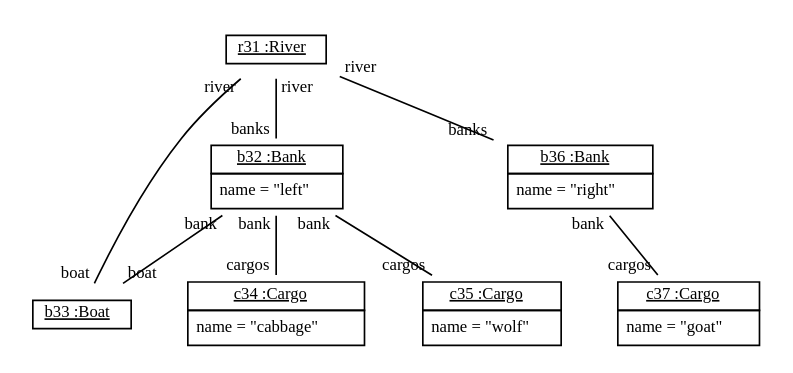
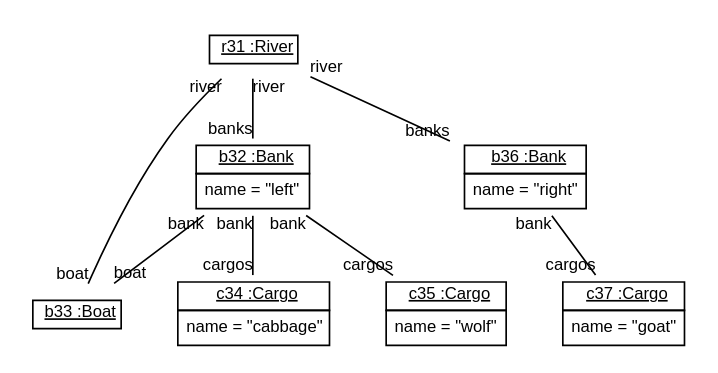
One commit to fujaba/SDMLib changed the diagram in doc/ferrymansproblemRG/s.R31.dot. Above: the diagram before and after it, drawn with Graphviz. The commit also changed 335 other files, not shown here.

```diff
--- a/doc/ferrymansproblemRG/s.R31.dot
+++ b/doc/ferrymansproblemRG/s.R31.dot
@@ -1,21 +1,21 @@
 graph ObjectDiagram {
-   node [shape = none, fontsize = 10];
-   edge [fontsize = 10];
+   node [shape = none, fontsize = 10, fontname = "Arial"];
+   edge [fontsize = 10, fontname = "Arial"];
    compound=true;
 
 r31 [label=<<table border='0' cellborder='1' cellspacing='0'> <tr> <td href="../test/org/sdmlib/models/patterns/example/ferrmansproblem/River.java"> <u>r31 :River</u></td></tr></table>>];
 b32 [label=<<table border='0' cellborder='1' cellspacing='0'> <tr> <td href="../test/org/sdmlib/models/patterns/example/ferrmansproblem/Bank.java"> <u>b32 :Bank</u></td></tr><tr><td><table border='0' cellborder='0' cellspacing='0'><tr><td align='left'>name = "left"</td></tr></table></td></tr></table>>];
 b33 [label=<<table border='0' cellborder='1' cellspacing='0'> <tr> <td href="../test/org/sdmlib/models/patterns/example/ferrmansproblem/Boat.java"> <u>b33 :Boat</u></td></tr></table>>];
 c34 [label=<<table border='0' cellborder='1' cellspacing='0'> <tr> <td href="../test/org/sdmlib/models/patterns/example/ferrmansproblem/Cargo.java"> <u>c34 :Cargo</u></td></tr><tr><td><table border='0' cellborder='0' cellspacing='0'><tr><td align='left'>name = "cabbage"</td></tr></table></td></tr></table>>];
 c35 [label=<<table border='0' cellborder='1' cellspacing='0'> <tr> <td href="../test/org/sdmlib/models/patterns/example/ferrmansproblem/Cargo.java"> <u>c35 :Cargo</u></td></tr><tr><td><table border='0' cellborder='0' cellspacing='0'><tr><td align='left'>name = "wolf"</td></tr></table></td></tr></table>>];
 b36 [label=<<table border='0' cellborder='1' cellspacing='0'> <tr> <td href="../test/org/sdmlib/models/patterns/example/ferrmansproblem/Bank.java"> <u>b36 :Bank</u></td></tr><tr><td><table border='0' cellborder='0' cellspacing='0'><tr><td align='left'>name = "right"</td></tr></table></td></tr></table>>];
 c37 [label=<<table border='0' cellborder='1' cellspacing='0'> <tr> <td href="../test/org/sdmlib/models/patterns/example/ferrmansproblem/Cargo.java"> <u>c37 :Cargo</u></td></tr><tr><td><table border='0' cellborder='0' cellspacing='0'><tr><td align='left'>name = "goat"</td></tr></table></td></tr></table>>];
 
 r31 -- b32 [headlabel = "banks" taillabel = "river"];
 r31 -- b36 [headlabel = "banks" taillabel = "river"];
 r31 -- b33 [headlabel = "boat" taillabel = "river"];
 b32 -- b33 [headlabel = "boat" taillabel = "bank"];
 b32 -- c34 [headlabel = "cargos" taillabel = "bank"];
 b32 -- c35 [headlabel = "cargos" taillabel = "bank"];
 b36 -- c37 [headlabel = "cargos" taillabel = "bank"];
 }
```
